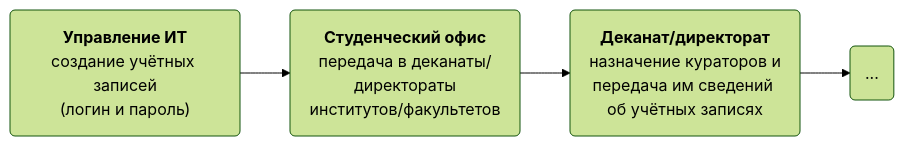
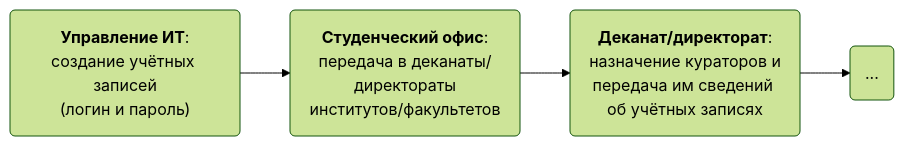
Before and after one commit to zoyter/eios-docs: the first of 9 diagrams in docs/student.md, drawn with Mermaid (forest theme). The commit also changed other lines of this file and 12 other files, not shown here.

````diff
--- a/docs/student.md
+++ b/docs/student.md
@@ -9,20 +9,20 @@
 ```mermaid
 flowchart LR
-    dep_it("`**Управление ИТ**
+    dep_it("`**Управление ИТ**:
       создание учётных записей
       (логин и пароль)`")
       
-    dep_stof("`**Студенческий офис**
+    dep_stof("`**Студенческий офис**:
     передача в деканаты/директораты
     институтов/факультетов`")
 
-    dep_dean("`**Деканат/директорат**
+    dep_dean("`**Деканат/директорат**:
     назначение кураторов и
     передача им сведений об учётных записях`")
     
     dep_next("...")
     
     dep_it-->dep_stof
     dep_stof-->dep_dean
     dep_dean-->dep_next
 ```
````
